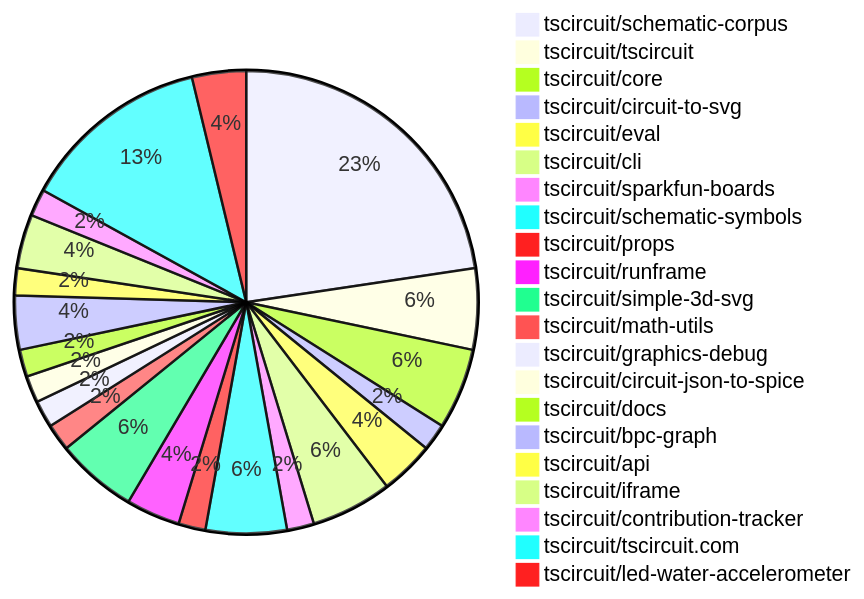
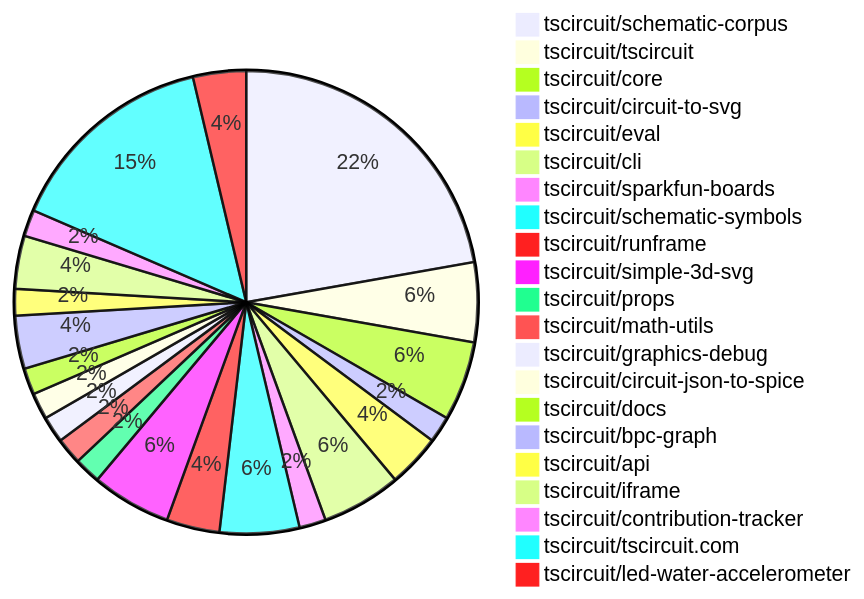
One commit to tscircuit/contribution-tracker changed the first of 2 diagrams in README.md. Above: the diagram before and after it, drawn with Mermaid. The commit also changed other lines of this file and 3 other files, not shown here.

````diff
--- a/README.md
+++ b/README.md
@@ -29,24 +29,24 @@
 ```mermaid
 pie
     "tscircuit/schematic-corpus" : 12
     "tscircuit/tscircuit" : 3
     "tscircuit/core" : 3
     "tscircuit/circuit-to-svg" : 1
     "tscircuit/eval" : 2
     "tscircuit/cli" : 3
     "tscircuit/sparkfun-boards" : 1
     "tscircuit/schematic-symbols" : 3
-    "tscircuit/props" : 1
     "tscircuit/runframe" : 2
     "tscircuit/simple-3d-svg" : 3
+    "tscircuit/props" : 1
     "tscircuit/math-utils" : 1
     "tscircuit/graphics-debug" : 1
     "tscircuit/circuit-json-to-spice" : 1
     "tscircuit/docs" : 1
     "tscircuit/bpc-graph" : 2
     "tscircuit/api" : 1
     "tscircuit/iframe" : 2
     "tscircuit/contribution-tracker" : 1
-    "tscircuit/tscircuit.com" : 7
+    "tscircuit/tscircuit.com" : 8
     "tscircuit/led-water-accelerometer" : 2
 ```
````
